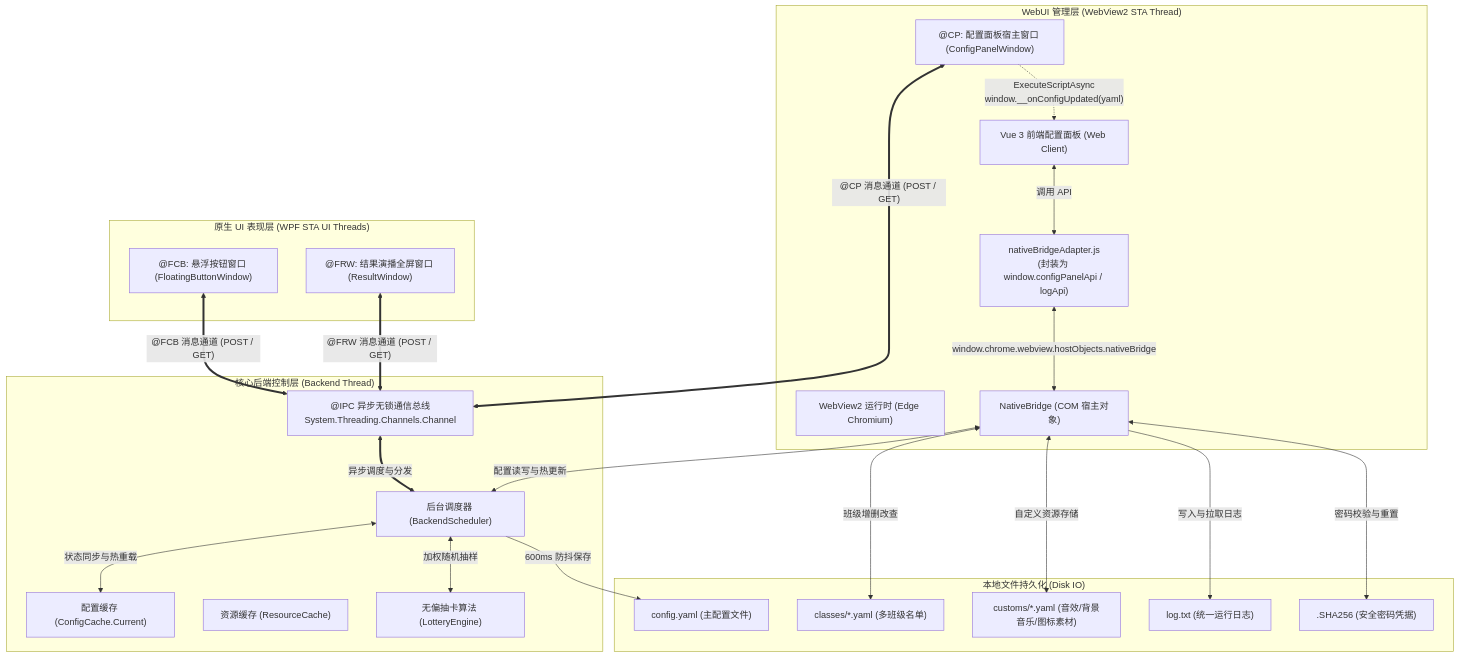
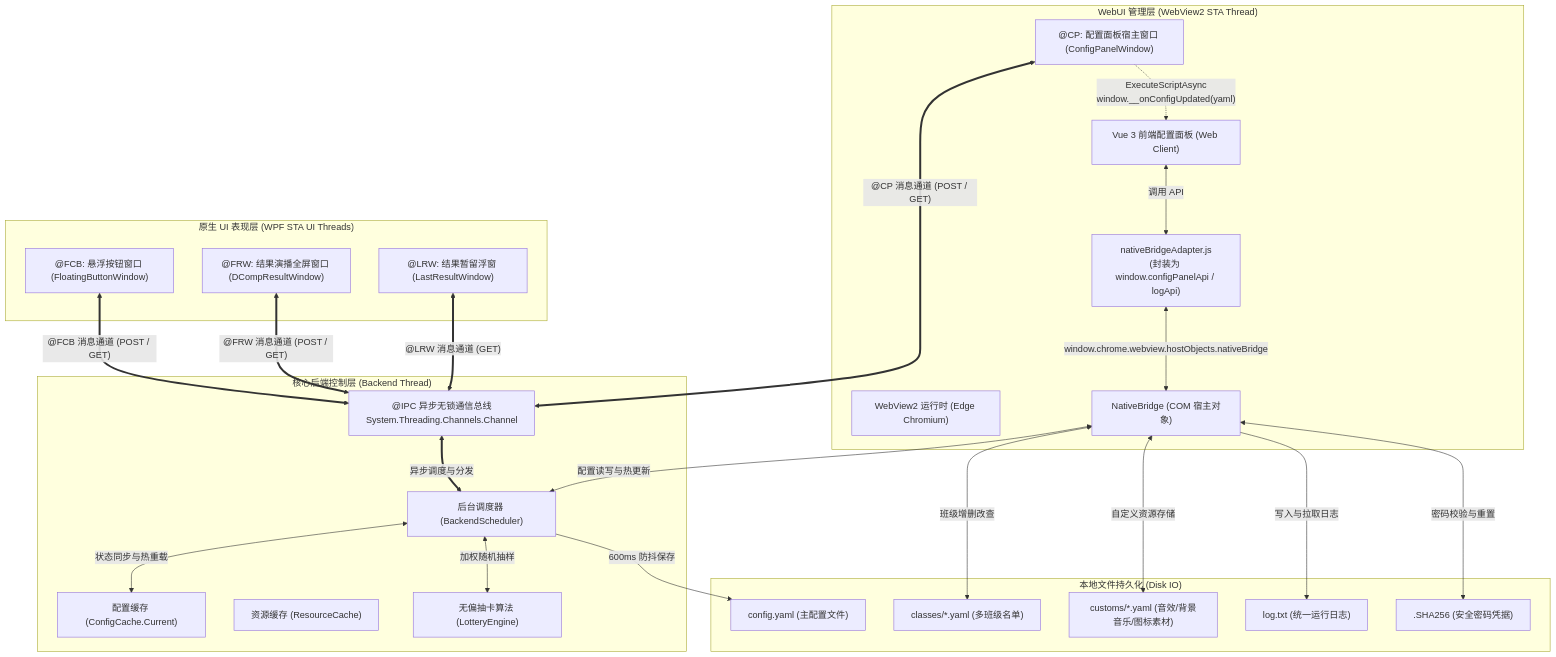
Before and after one commit to Yun-Hydrogen/blue-random: the first of 5 diagrams in docs/ipc.md, drawn with Mermaid. The commit also changed other lines of this file and 30 other files, not shown here.

````diff
--- a/docs/ipc.md
+++ b/docs/ipc.md
@@ -13,52 +13,54 @@
 ```mermaid
 flowchart TD
     subgraph CoreEngine ["核心后端控制层 (Backend Thread)"]
         Bus["@IPC 异步无锁通信总线\nSystem.Threading.Channels.Channel<IpcMessage>"]
         BS["后台调度器 (BackendScheduler)"]
         CCache["配置缓存 (ConfigCache.Current)"]
         RCache["资源缓存 (ResourceCache)"]
         LE["无偏抽卡算法 (LotteryEngine)"]
     end
 
     subgraph NativeUIs ["原生 UI 表现层 (WPF STA UI Threads)"]
         FCB["@FCB: 悬浮按钮窗口 (FloatingButtonWindow)"]
-        FRW["@FRW: 结果演播全屏窗口 (ResultWindow)"]
+        FRW["@FRW: 结果演播全屏窗口 (DCompResultWindow)"]
+        LRW["@LRW: 结果暂留浮窗 (LastResultWindow)"]
     end
 
     subgraph WebAdminUI ["WebUI 管理层 (WebView2 STA Thread)"]
         CPWindow["@CP: 配置面板宿主窗口 (ConfigPanelWindow)"]
         WV2["WebView2 运行时 (Edge Chromium)"]
         Bridge["NativeBridge (COM 宿主对象)"]
         Adapter["nativeBridgeAdapter.js\n(封装为 window.configPanelApi / logApi)"]
         VueApp["Vue 3 前端配置面板 (Web Client)"]
     end
 
     subgraph Storage ["本地文件持久化 (Disk IO)"]
         ConfigFile["config.yaml (主配置文件)"]
         ClassFiles["classes/*.yaml (多班级名单)"]
         CustomFiles["customs/*.yaml (音效/背景音乐/图标素材)"]
         LogFile["log.txt (统一运行日志)"]
         SecurityFile[".SHA256 (安全密码凭据)"]
     end
 
     %% 核心总线通信
     FCB <==>|"@FCB 消息通道 (POST / GET)"| Bus
     FRW <==>|"@FRW 消息通道 (POST / GET)"| Bus
+    LRW <==>|"@LRW 消息通道 (GET)"| Bus
     CPWindow <==>|"@CP 消息通道 (POST / GET)"| Bus
     Bus <==>|"异步调度与分发"| BS
     BS <-->|"状态同步与热重载"| CCache
     BS <-->|"加权随机抽样"| LE
     BS -->|"600ms 防抖保存"| ConfigFile
 
     %% WebView2 宿主直连
     VueApp <-->|"调用 API"| Adapter
     Adapter <-->|"window.chrome.webview.hostObjects.nativeBridge"| Bridge
     Bridge <-->|"配置读写与热更新"| BS
     Bridge <-->|"班级增删改查"| ClassFiles
     Bridge <-->|"自定义资源存储"| CustomFiles
     Bridge <-->|"密码校验与重置"| SecurityFile
     Bridge -->|"写入与拉取日志"| LogFile
 
     %% 宿主反向推送
     CPWindow -.->|"ExecuteScriptAsync\nwindow.__onConfigUpdated(yaml)"| VueApp
 ```
````
